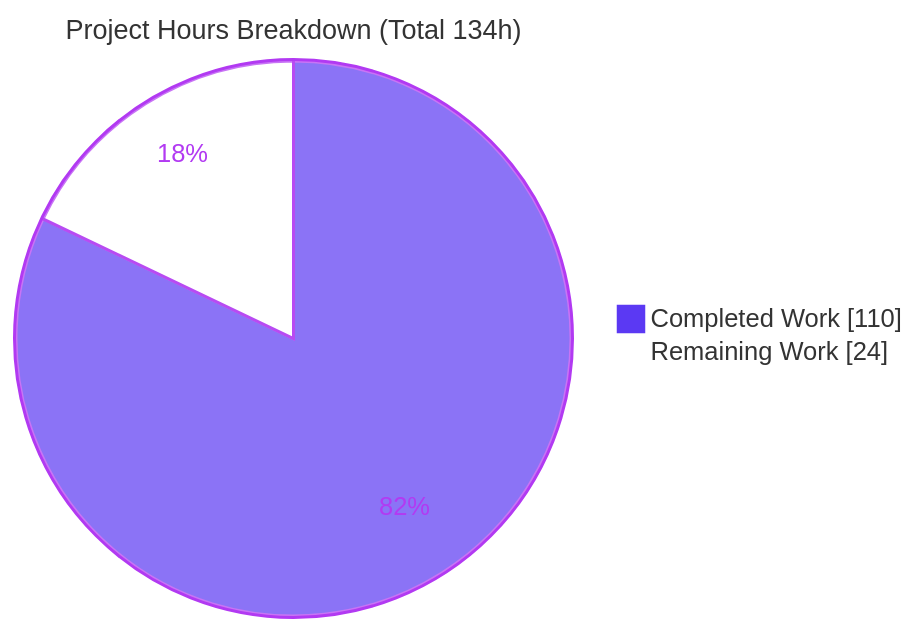
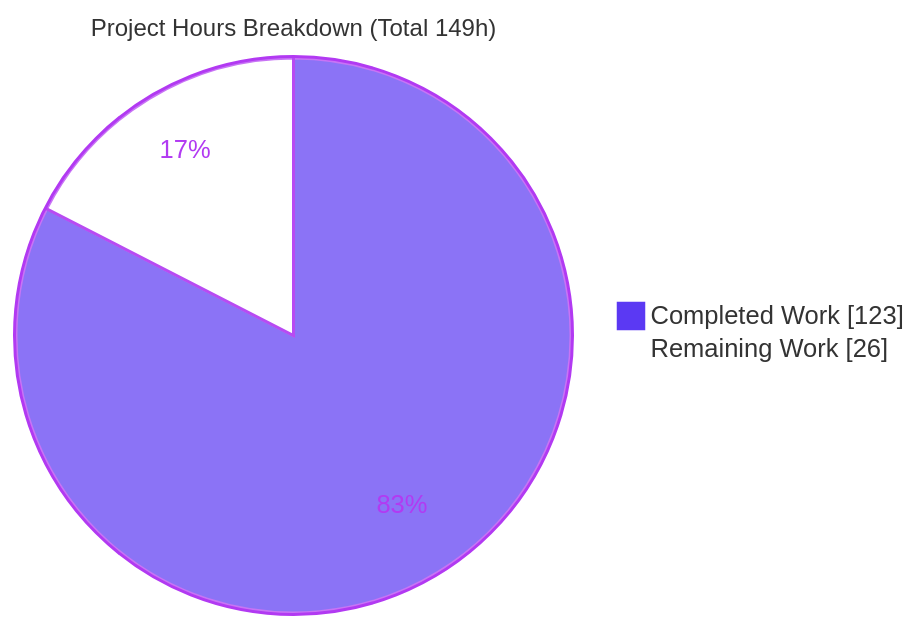
The second of 4 diagrams in blitzy/documentation/Project Guide.md (blitzy-public-samples/ardupilot-blitzy), drawn with Mermaid before and after one commit. The commit also changed other lines of this file, not shown here.

Commit message:
Blitzy Project Guide: final AfsimL1 status assessment (82.6% complete, 123/149 h)

````diff
--- a/blitzy/documentation/Project Guide.md
+++ b/blitzy/documentation/Project Guide.md
@@ -308,6 +276,6 @@
 ```mermaid
-%%{init: {'theme':'base', 'themeVariables': {'pie1':'#5B39F3','pie2':'#FFFFFF','pieStrokeColor':'#B23AF2','pieOuterStrokeColor':'#B23AF2','pieStrokeWidth':'2px','pieSectionTextColor':'#B23AF2','pieTitleTextSize':'18px'}}}%%
-pie showData title Project Hours Breakdown (Total 134h)
-    "Completed Work" : 110
-    "Remaining Work" : 24
+%%{init: {'theme':'base','themeVariables':{'pie1':'#5B39F3','pie2':'#FFFFFF','pieStrokeColor':'#B23AF2','pieOuterStrokeColor':'#B23AF2','pieStrokeWidth':'2px','pieSectionTextColor':'#B23AF2','pieTitleTextSize':'16px'}}}%%
+pie showData title Project Hours Breakdown (Total 149h)
+    "Completed Work" : 123
+    "Remaining Work" : 26
 ```
````
